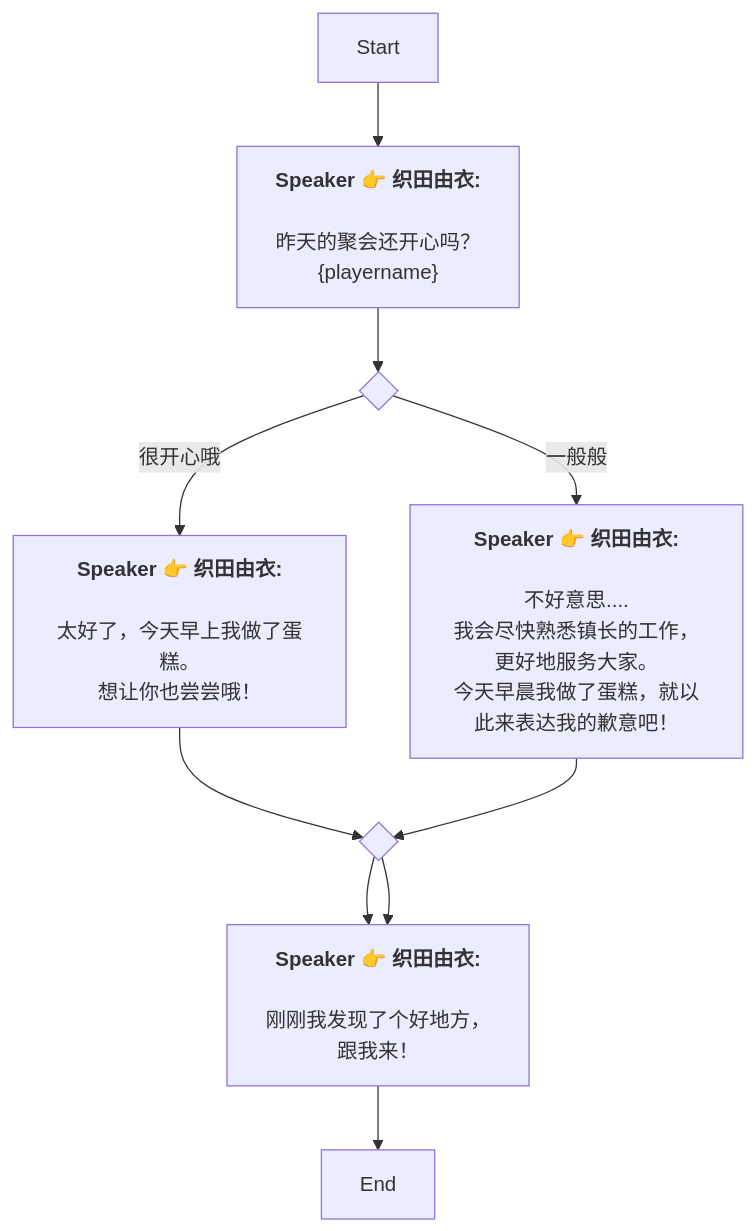
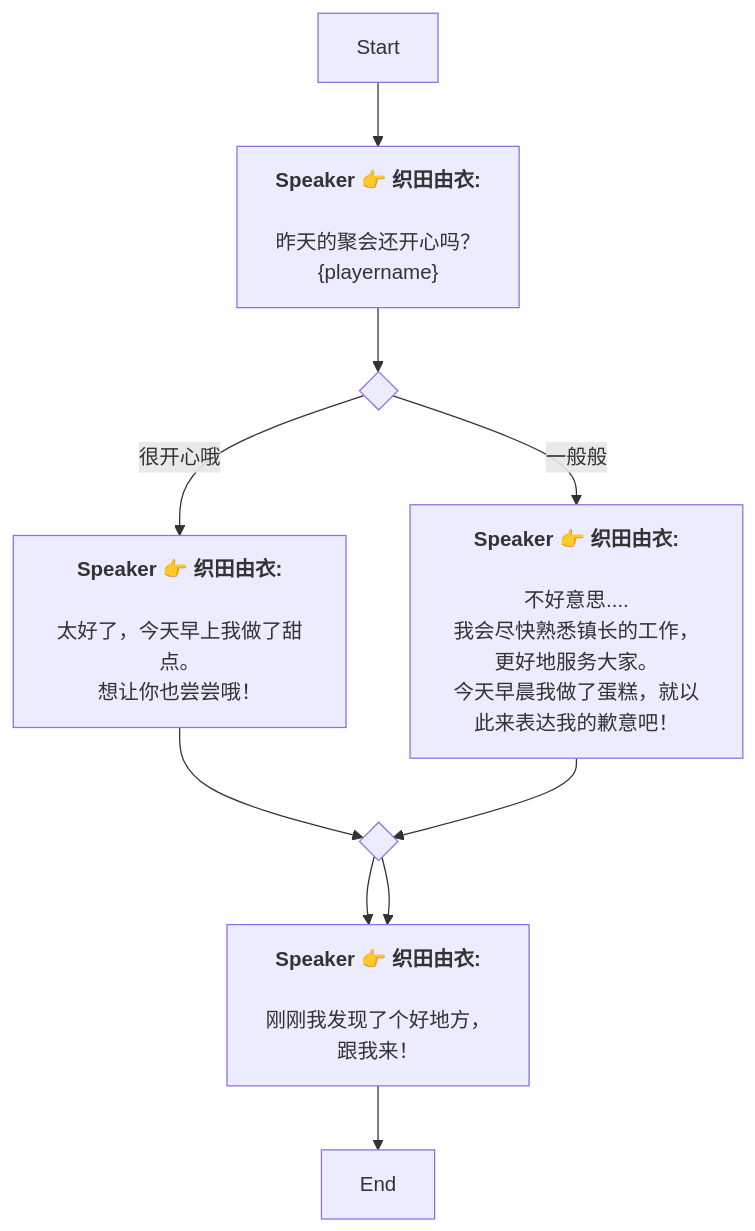
The diagram in Zh/QuestStartTalkENode_1741365690796258.md (SoftHu/tos_avg), drawn with Mermaid before and after one commit. The commit also changed 199 other files, not shown here.

````diff
--- a/Zh/QuestStartTalkENode_1741365690796258.md
+++ b/Zh/QuestStartTalkENode_1741365690796258.md
@@ -1,30 +1,30 @@
 ```mermaid
 graph
 Start -->1741366051818734[<b>Speaker 👉 织田由衣:</b>
 
 昨天的聚会还开心吗？
 &lbrace;playername&rbrace;]
 1741366051818734 -->1741840746360291{ }
 1741840746360291 -->|很开心哦|1741840770440680[<b>Speaker 👉 织田由衣:</b>
 
-太好了，今天早上我做了蛋糕。
+太好了，今天早上我做了甜点。
 想让你也尝尝哦！]
 1741840746360291 -->|一般般|1741840976551401[<b>Speaker 👉 织田由衣:</b>
 
 不好意思....
 我会尽快熟悉镇长的工作，
 更好地服务大家。
 今天早晨我做了蛋糕，就以此来表达我的歉意吧！]
 1741840770440680 -->1741367875621124{ }
 1741367875621124 -->1741841330457066[<b>Speaker 👉 织田由衣:</b>
 
 刚刚我发现了个好地方，
 跟我来！]
 1741367875621124 -->1741841330457066[<b>Speaker 👉 织田由衣:</b>
 
 刚刚我发现了个好地方，
 跟我来！]
 1741841330457066 -->1741367947996422[End]
 1741840976551401 -->1741367875621124{ }
 
  ```
````
